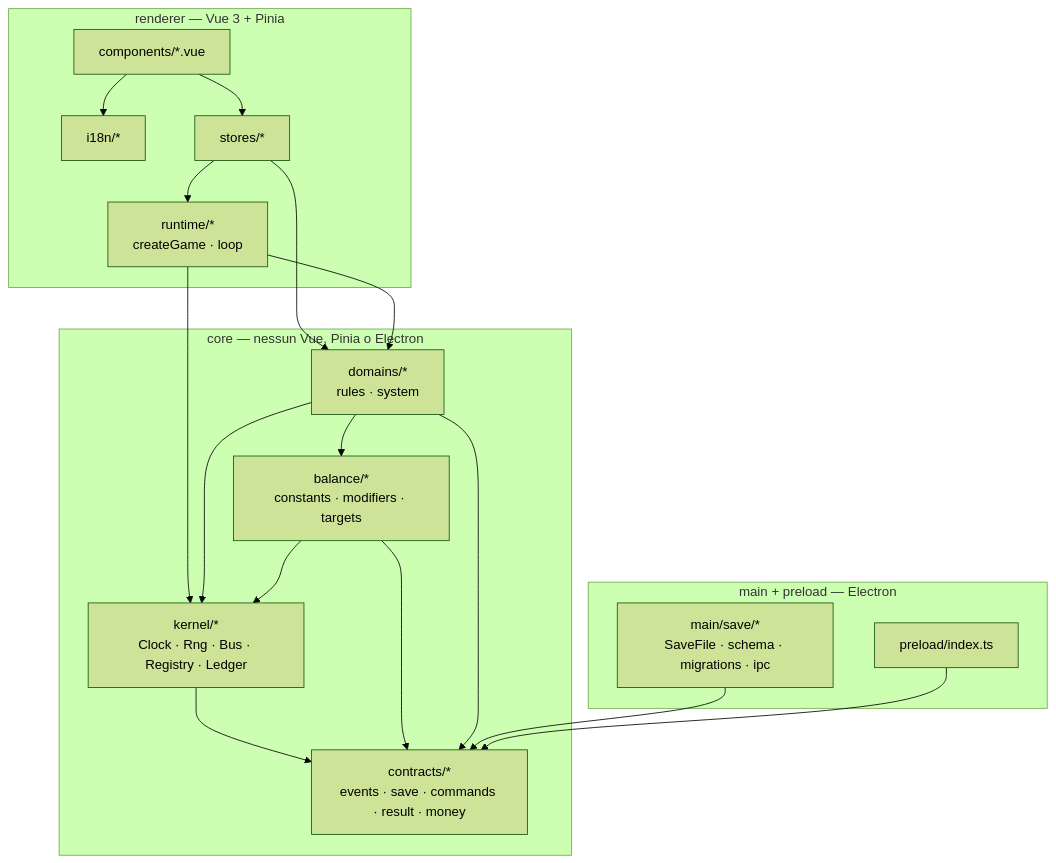
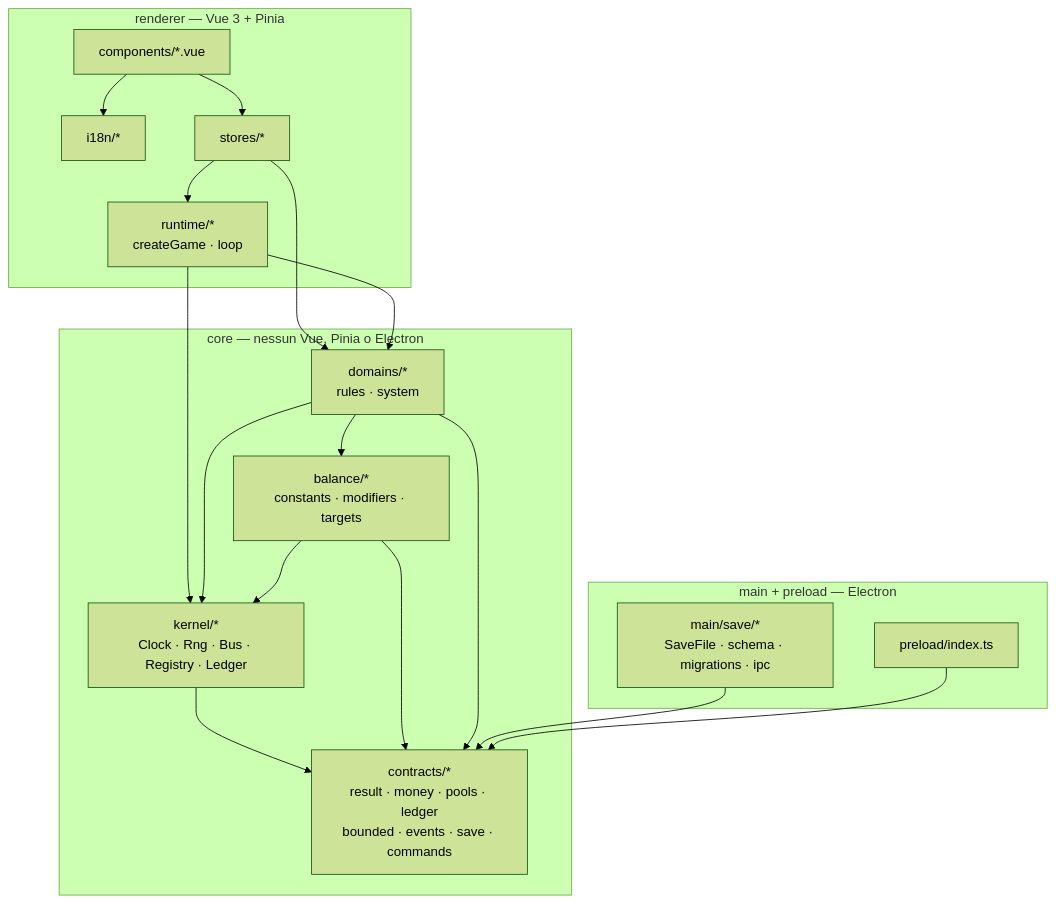
The diagram in docs/architettura.md (devfrx/solvent), drawn with Mermaid (forest theme) before and after one commit. The commit also changed other lines of this file and 29 other files, not shown here.

````diff
--- a/docs/architettura.md
+++ b/docs/architettura.md
@@ -14,36 +14,36 @@
 ```mermaid
 flowchart TD
   subgraph MAIN["main + preload — Electron"]
     SAVE["main/save/*<br/>SaveFile · schema · migrations · ipc"]
     PRE["preload/index.ts"]
   end
 
   subgraph REND["renderer — Vue 3 + Pinia"]
     CMP["components/*.vue"]
     I18N["i18n/*"]
     ST["stores/*"]
     RT["runtime/*<br/>createGame · loop"]
   end
 
   subgraph CORE["core — nessun Vue, Pinia o Electron"]
     DOM["domains/*<br/>rules · system"]
     BAL["balance/*<br/>constants · modifiers · targets"]
     KER["kernel/*<br/>Clock · Rng · Bus · Registry · Ledger"]
-    CON["contracts/*<br/>events · save · commands · result · money"]
+    CON["contracts/*<br/>result · money · pools · ledger<br/>bounded · events · save · commands"]
   end
 
   CMP --> ST
   CMP --> I18N
   ST  --> RT
   ST  --> DOM
   RT  --> DOM
   RT  --> KER
   DOM --> BAL
   DOM --> KER
   BAL --> KER
   KER --> CON
   BAL --> CON
   DOM --> CON
   SAVE --> CON
   PRE --> CON
 ```
````
